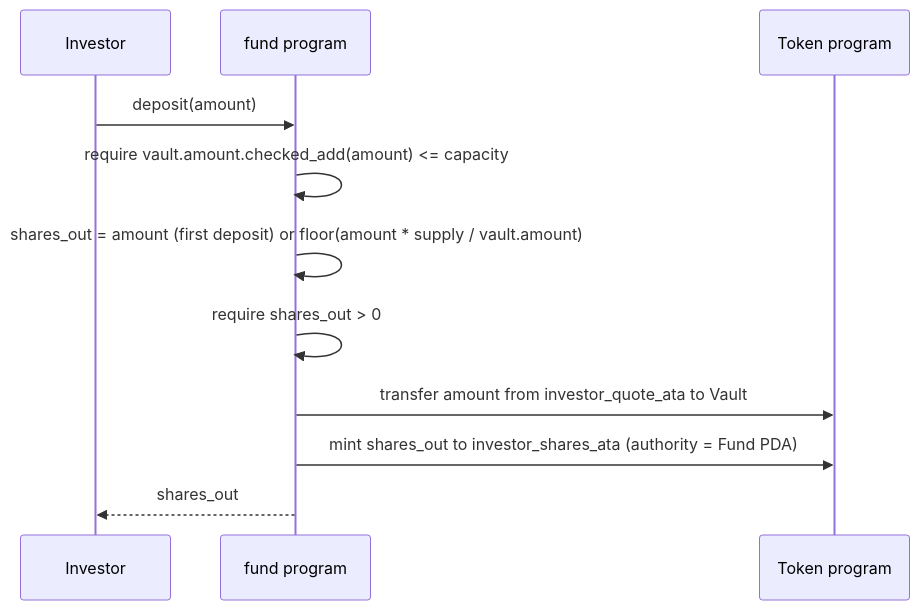
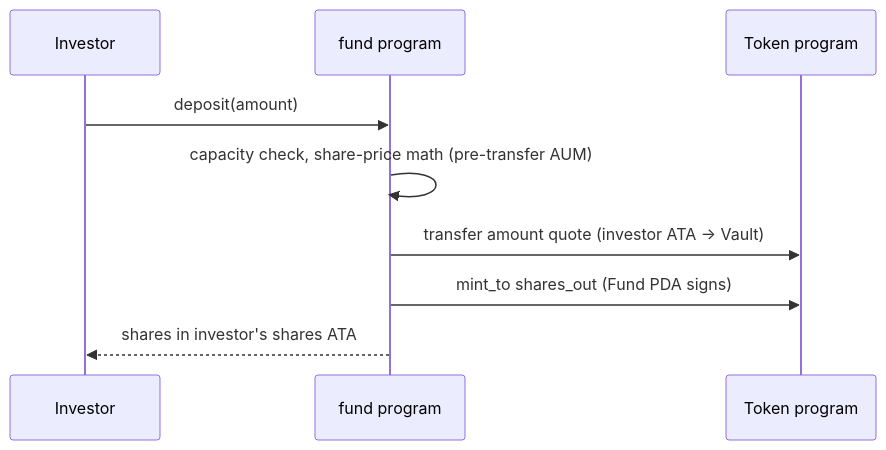
One commit to dataclique/fund changed the second of 2 diagrams in programs/fund/SPEC.md. Above: the diagram before and after it, drawn with Mermaid. The commit also changed other lines of this file and 3 other files, not shown here.

````diff
--- a/programs/fund/SPEC.md
+++ b/programs/fund/SPEC.md
@@ -137,14 +152,12 @@
 ```mermaid
 sequenceDiagram
     participant Investor
     participant Program as fund program
     participant Token as Token program
 
     Investor->>Program: deposit(amount)
-    Program->>Program: require vault.amount.checked_add(amount) <= capacity
-    Program->>Program: shares_out = amount (first deposit) or floor(amount * supply / vault.amount)
-    Program->>Program: require shares_out > 0
-    Program->>Token: transfer amount from investor_quote_ata to Vault
-    Program->>Token: mint shares_out to investor_shares_ata (authority = Fund PDA)
-    Program-->>Investor: shares_out
+    Program->>Program: capacity check, share-price math (pre-transfer AUM)
+    Program->>Token: transfer amount quote (investor ATA -> Vault)
+    Program->>Token: mint_to shares_out (Fund PDA signs)
+    Program-->>Investor: shares in investor's shares ATA
 ```
````
